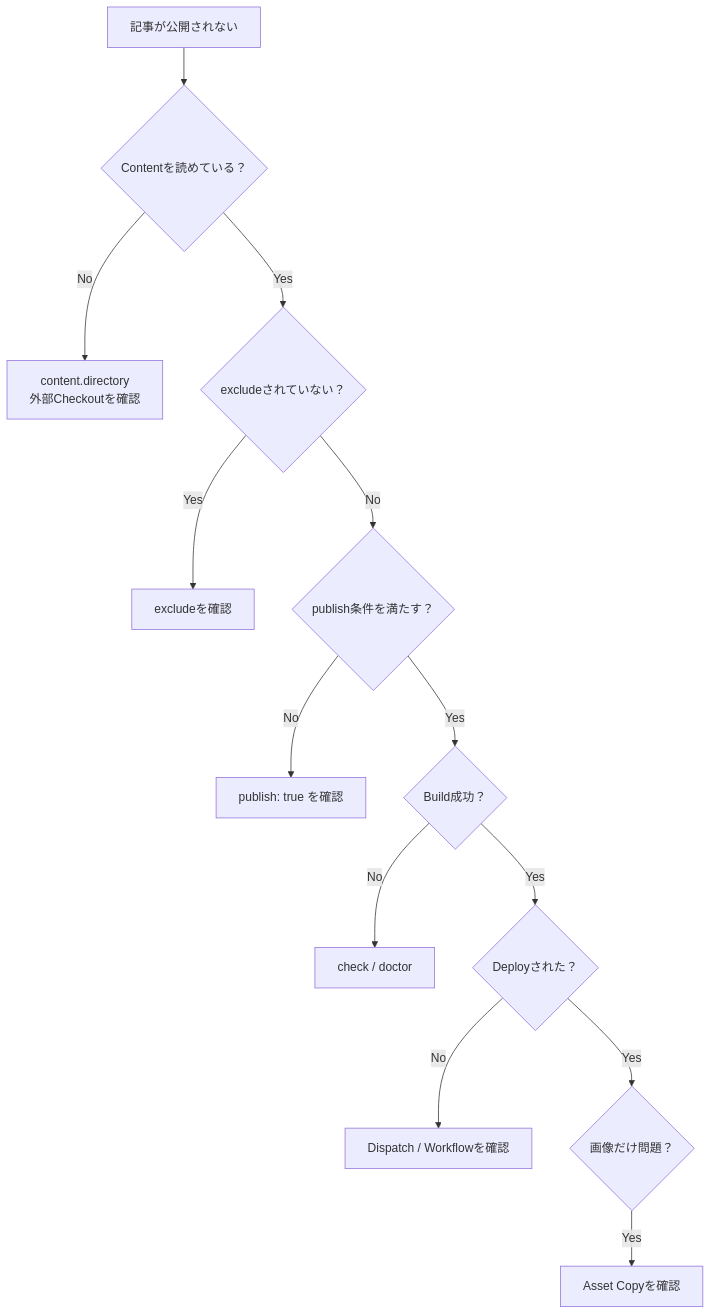
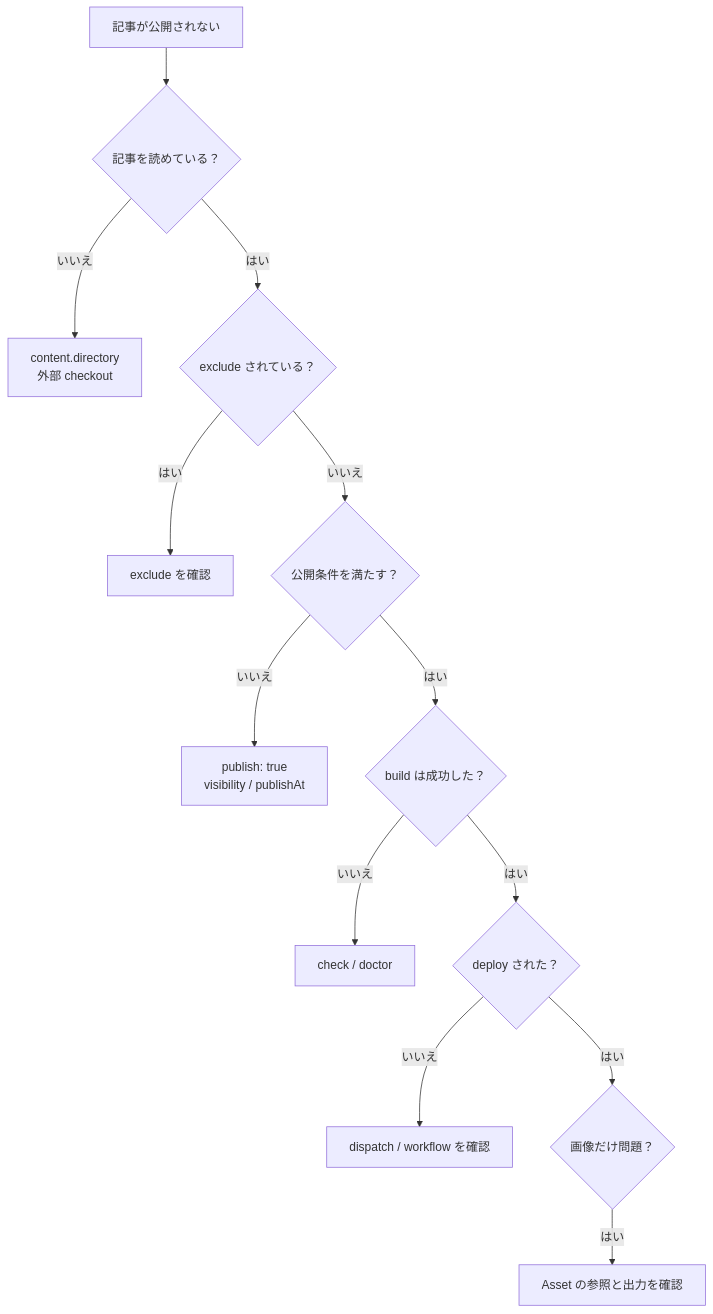
The ninth of 10 diagrams in docs/docs/guides/content-repositories.ja.md (Rerurate514/riebeckite), drawn with Mermaid before and after one commit. The commit also changed other lines of this file and 3 other files, not shown here.

````diff
--- a/docs/docs/guides/content-repositories.ja.md
+++ b/docs/docs/guides/content-repositories.ja.md
@@ -1024,23 +521,22 @@
 ```mermaid
 flowchart TD
     Start["記事が公開されない"]
 
-    Start --> Source{"Contentを読めている？"}
+    Start --> Source{"記事を読めている？"}
+    Source -->|"いいえ"| Directory["content.directory<br/>外部 checkout"]
+    Source -->|"はい"| Exclude{"exclude されている？"}
 
-    Source -->|No| Directory["content.directory<br/>外部Checkoutを確認"]
-    Source -->|Yes| Exclude{"excludeされていない？"}
+    Exclude -->|"はい"| Config["exclude を確認"]
+    Exclude -->|"いいえ"| Publish{"公開条件を満たす？"}
 
-    Exclude -->|Yes| Config["excludeを確認"]
-    Exclude -->|No| Publish{"publish条件を満たす？"}
+    Publish -->|"いいえ"| Frontmatter["publish: true<br/>visibility / publishAt"]
+    Publish -->|"はい"| Build{"build は成功した？"}
 
-    Publish -->|No| Frontmatter["publish: true を確認"]
-    Publish -->|Yes| Build{"Build成功？"}
+    Build -->|"いいえ"| Diagnostics["check / doctor"]
+    Build -->|"はい"| Deploy{"deploy された？"}
 
-    Build -->|No| Diagnostics["check / doctor"]
-    Build -->|Yes| Deploy{"Deployされた？"}
+    Deploy -->|"いいえ"| CI["dispatch / workflow を確認"]
+    Deploy -->|"はい"| Asset{"画像だけ問題？"}
 
-    Deploy -->|No| CI["Dispatch / Workflowを確認"]
-    Deploy -->|Yes| Asset{"画像だけ問題？"}
-
-    Asset -->|Yes| Copy["Asset Copyを確認"]
+    Asset -->|"はい"| Copy["Asset の参照と出力を確認"]
 ```
````
